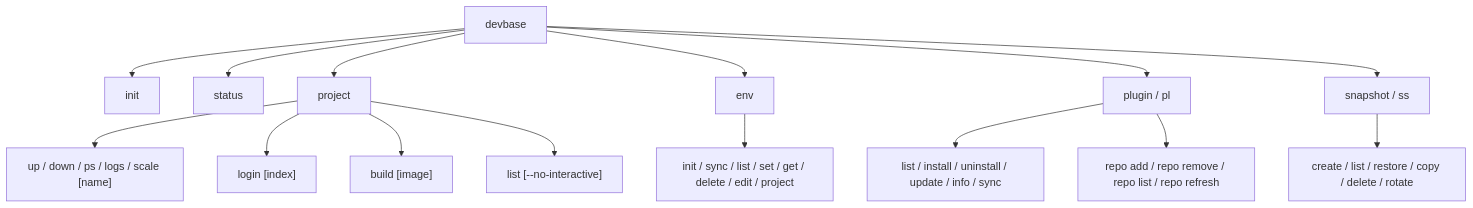
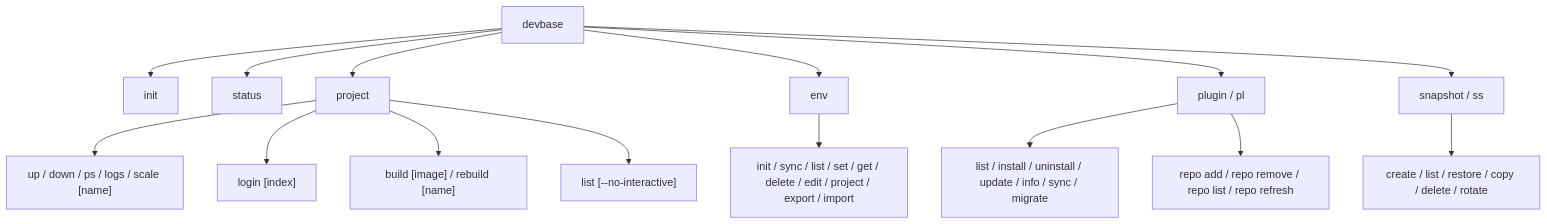
Before and after one commit to devbasex/devbase: the diagram in docs/user/cli-reference.md, drawn with Mermaid. The commit also changed other lines of this file and 3 other files, not shown here.

````diff
--- a/docs/user/cli-reference.md
+++ b/docs/user/cli-reference.md
@@ -9,17 +9,17 @@
 ```mermaid
 graph TD
     A[devbase] --> B[init]
     A --> C[status]
     A --> D[project]
     A --> E[env]
     A --> F[plugin / pl]
     A --> G[snapshot / ss]
     D --> D1["up / down / ps / logs / scale [name]"]
     D --> D3["login [index]"]
-    D --> D4["build [image]"]
+    D --> D4["build [image] / rebuild [name]"]
     D --> D2["list [--no-interactive]"]
-    E --> E1[init / sync / list / set / get / delete / edit / project]
-    F --> F1[list / install / uninstall / update / info / sync]
+    E --> E1[init / sync / list / set / get / delete / edit / project / export / import]
+    F --> F1[list / install / uninstall / update / info / sync / migrate]
     F --> F2[repo add / repo remove / repo list / repo refresh]
     G --> G1[create / list / restore / copy / delete / rotate]
 ```
````
